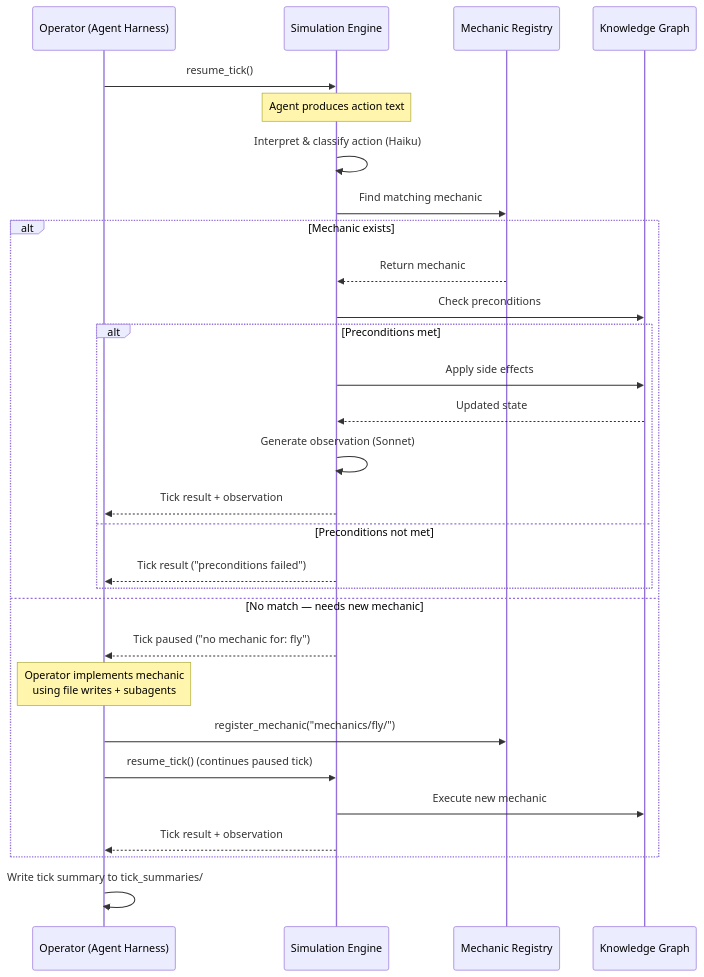
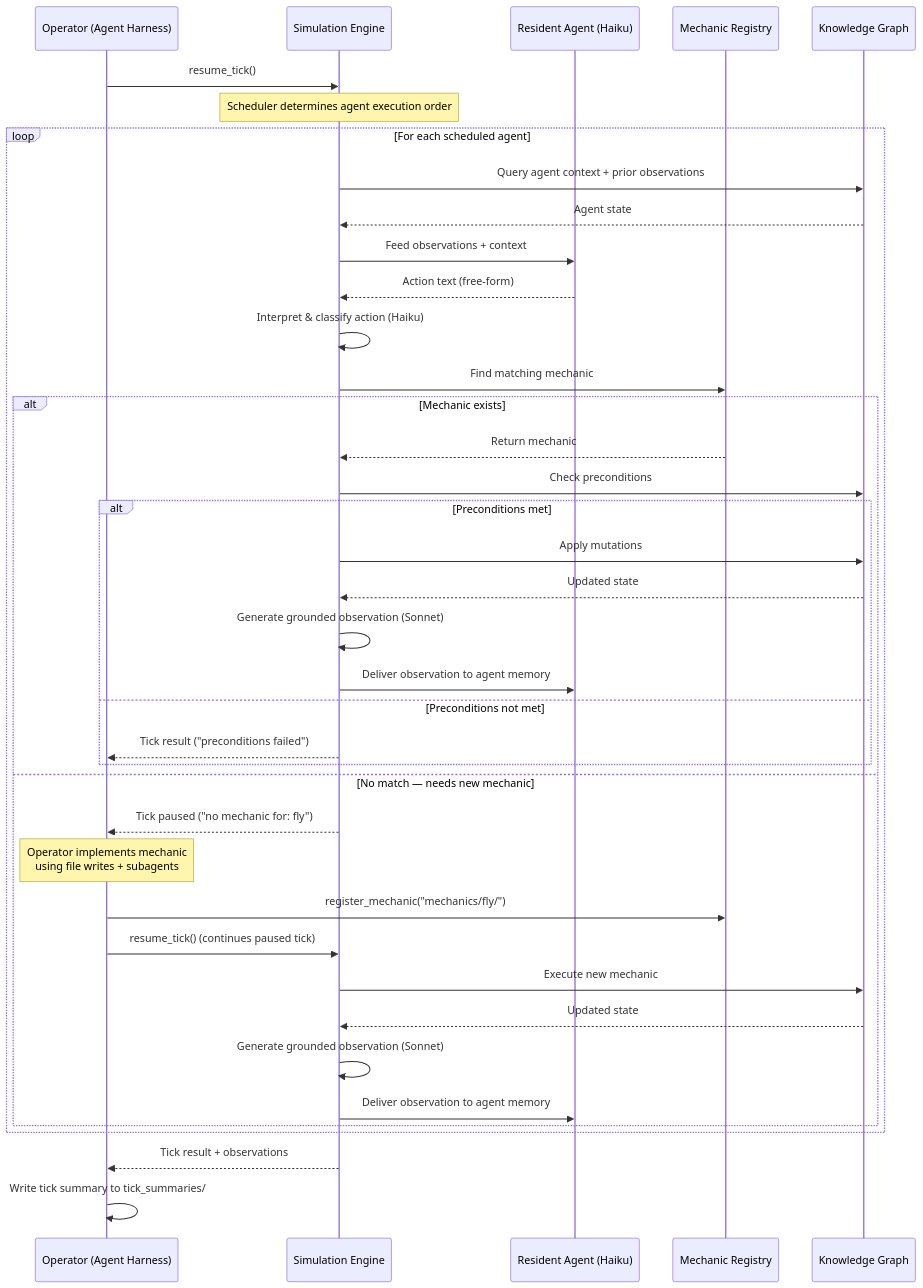
One commit to reubenjohn/token-world changed the second of 3 diagrams in docs/design/architecture.md. Above: the diagram before and after it, drawn with Mermaid. The commit also changed other lines of this file and 1 other file, not shown here.

Commit message:
docs: self-contained operating principles + expanded architecture diagrams
- Make CLAUDE.md operating principles standalone (no global ref) so
  collaborators get the full set without personal config
- Add Scheduler and Resident Agent to system components diagram
- Expand sequence diagram with agent loop and observation delivery

````diff
--- a/docs/design/architecture.md
+++ b/docs/design/architecture.md
@@ -41,32 +42,44 @@
 ```mermaid
 sequenceDiagram
     participant O as Operator (Agent Harness)
     participant E as Simulation Engine
+    participant A as Resident Agent (Haiku)
     participant M as Mechanic Registry
     participant G as Knowledge Graph
 
     O->>E: resume_tick()
-    Note over E: Agent produces action text
-    E->>E: Interpret & classify action (Haiku)
-    E->>M: Find matching mechanic
-    alt Mechanic exists
-        M-->>E: Return mechanic
-        E->>G: Check preconditions
-        alt Preconditions met
-            E->>G: Apply side effects
+    Note over E: Scheduler determines agent execution order
+
+    loop For each scheduled agent
+        E->>G: Query agent context + prior observations
+        G-->>E: Agent state
+        E->>A: Feed observations + context
+        A-->>E: Action text (free-form)
+        E->>E: Interpret & classify action (Haiku)
+        E->>M: Find matching mechanic
+        alt Mechanic exists
+            M-->>E: Return mechanic
+            E->>G: Check preconditions
+            alt Preconditions met
+                E->>G: Apply mutations
+                G-->>E: Updated state
+                E->>E: Generate grounded observation (Sonnet)
+                E->>A: Deliver observation to agent memory
+            else Preconditions not met
+                E-->>O: Tick result ("preconditions failed")
+            end
+        else No match — needs new mechanic
+            E-->>O: Tick paused ("no mechanic for: fly")
+            Note over O: Operator implements mechanic<br/>using file writes + subagents
+            O->>M: register_mechanic("mechanics/fly/")
+            O->>E: resume_tick() (continues paused tick)
+            E->>G: Execute new mechanic
             G-->>E: Updated state
-            E->>E: Generate observation (Sonnet)
-            E-->>O: Tick result + observation
-        else Preconditions not met
-            E-->>O: Tick result ("preconditions failed")
+            E->>E: Generate grounded observation (Sonnet)
+            E->>A: Deliver observation to agent memory
         end
-    else No match — needs new mechanic
-        E-->>O: Tick paused ("no mechanic for: fly")
-        Note over O: Operator implements mechanic<br/>using file writes + subagents
-        O->>M: register_mechanic("mechanics/fly/")
-        O->>E: resume_tick() (continues paused tick)
-        E->>G: Execute new mechanic
-        E-->>O: Tick result + observation
     end
+
+    E-->>O: Tick result + observations
     O->>O: Write tick summary to tick_summaries/
 ```
````
